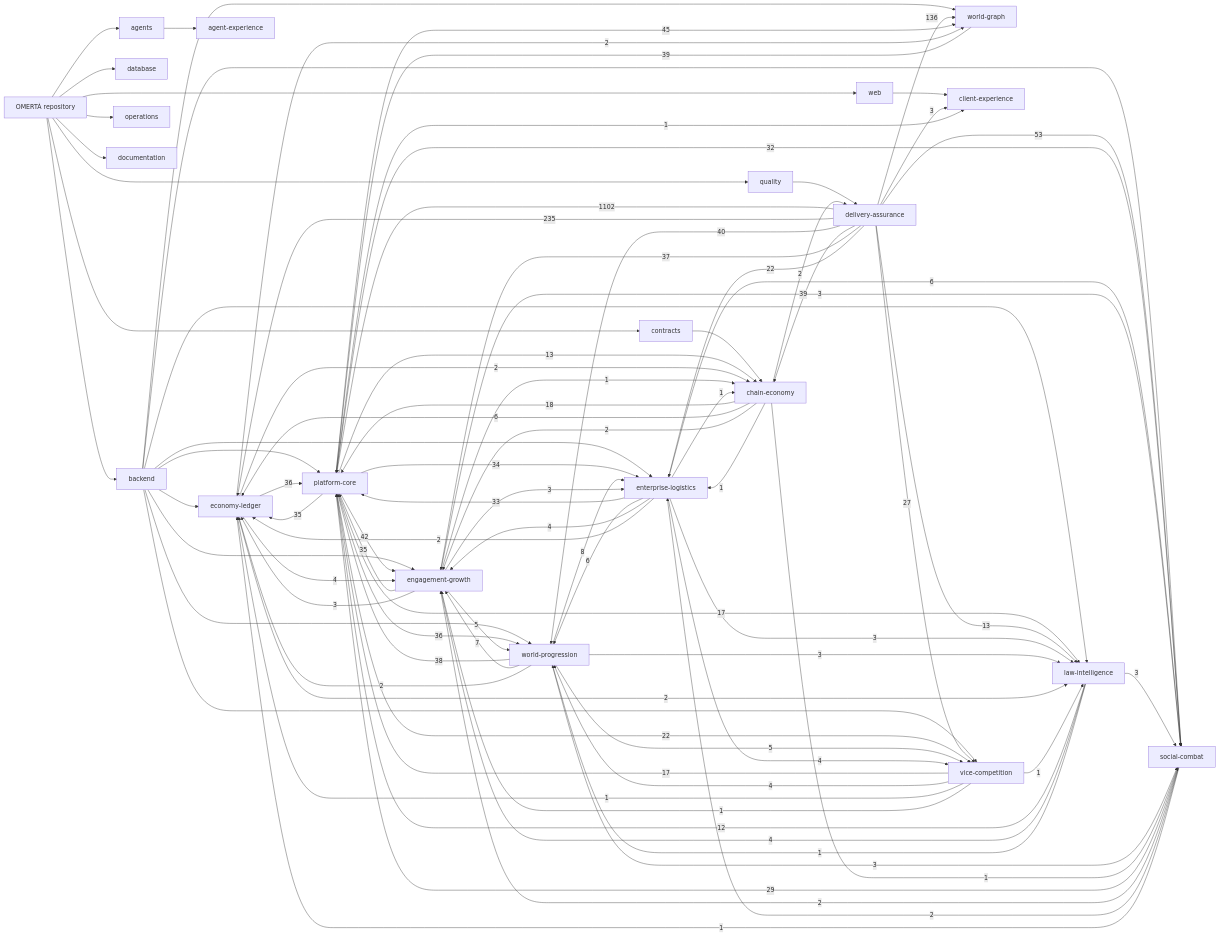
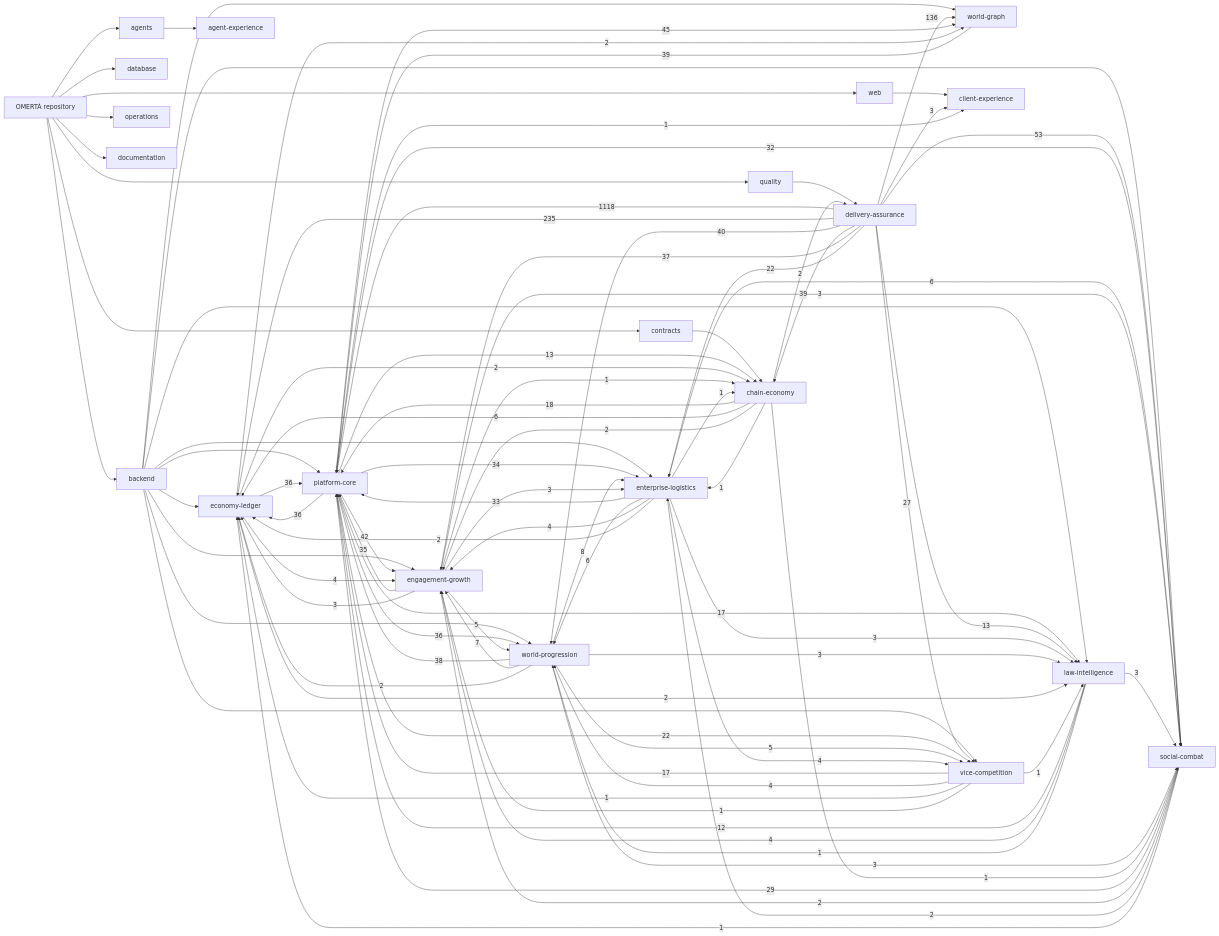
One commit to OmertaDev/Omerta changed the diagram in knowledge/generated/graph.mmd. Above: the diagram before and after it, drawn with Mermaid. The commit also changed 8 other files, not shown here.

```diff
--- a/knowledge/generated/graph.mmd
+++ b/knowledge/generated/graph.mmd
@@ -1,111 +1,111 @@
 flowchart LR
   repo["OMERTÀ repository"]
   sub_backend["backend"]
   repo --> sub_backend
   sub_database["database"]
   repo --> sub_database
   sub_web["web"]
   repo --> sub_web
   sub_contracts["contracts"]
   repo --> sub_contracts
   sub_agents["agents"]
   repo --> sub_agents
   sub_quality["quality"]
   repo --> sub_quality
   sub_operations["operations"]
   repo --> sub_operations
   sub_documentation["documentation"]
   repo --> sub_documentation
   dom_platform-core["platform-core"]
   dom_economy-ledger["economy-ledger"]
   dom_social-combat["social-combat"]
   dom_world-progression["world-progression"]
   dom_world-graph["world-graph"]
   dom_enterprise-logistics["enterprise-logistics"]
   dom_vice-competition["vice-competition"]
   dom_law-intelligence["law-intelligence"]
   dom_chain-economy["chain-economy"]
   dom_engagement-growth["engagement-growth"]
   dom_client-experience["client-experience"]
   dom_agent-experience["agent-experience"]
   dom_delivery-assurance["delivery-assurance"]
   sub_agents --> dom_agent-experience
   sub_backend --> dom_economy-ledger
   sub_backend --> dom_engagement-growth
   sub_backend --> dom_enterprise-logistics
   sub_backend --> dom_law-intelligence
   sub_backend --> dom_platform-core
   sub_backend --> dom_social-combat
   sub_backend --> dom_vice-competition
   sub_backend --> dom_world-graph
   sub_backend --> dom_world-progression
   sub_contracts --> dom_chain-economy
   sub_quality --> dom_delivery-assurance
   sub_web --> dom_client-experience
-  dom_delivery-assurance -->|1102| dom_platform-core
+  dom_delivery-assurance -->|1118| dom_platform-core
   dom_delivery-assurance -->|235| dom_economy-ledger
   dom_delivery-assurance -->|136| dom_world-graph
   dom_delivery-assurance -->|53| dom_social-combat
   dom_platform-core -->|45| dom_world-graph
   dom_platform-core -->|42| dom_engagement-growth
   dom_delivery-assurance -->|40| dom_world-progression
   dom_delivery-assurance -->|39| dom_chain-economy
   dom_world-graph -->|39| dom_platform-core
   dom_world-progression -->|38| dom_platform-core
   dom_delivery-assurance -->|37| dom_engagement-growth
   dom_economy-ledger -->|36| dom_platform-core
+  dom_platform-core -->|36| dom_economy-ledger
   dom_platform-core -->|36| dom_world-progression
   dom_engagement-growth -->|35| dom_platform-core
-  dom_platform-core -->|35| dom_economy-ledger
   dom_platform-core -->|34| dom_enterprise-logistics
   dom_enterprise-logistics -->|33| dom_platform-core
   dom_platform-core -->|32| dom_social-combat
   dom_social-combat -->|29| dom_platform-core
   dom_delivery-assurance -->|27| dom_vice-competition
   dom_delivery-assurance -->|22| dom_enterprise-logistics
   dom_platform-core -->|22| dom_vice-competition
   dom_chain-economy -->|18| dom_platform-core
   dom_platform-core -->|17| dom_law-intelligence
   dom_vice-competition -->|17| dom_platform-core
   dom_delivery-assurance -->|13| dom_law-intelligence
   dom_platform-core -->|13| dom_chain-economy
   dom_law-intelligence -->|12| dom_platform-core
   dom_world-progression -->|8| dom_enterprise-logistics
   dom_world-progression -->|7| dom_engagement-growth
   dom_chain-economy -->|6| dom_economy-ledger
   dom_enterprise-logistics -->|6| dom_social-combat
   dom_enterprise-logistics -->|6| dom_world-progression
   dom_engagement-growth -->|5| dom_world-progression
   dom_world-progression -->|5| dom_vice-competition
   dom_economy-ledger -->|4| dom_engagement-growth
   dom_enterprise-logistics -->|4| dom_engagement-growth
   dom_enterprise-logistics -->|4| dom_vice-competition
   dom_law-intelligence -->|4| dom_engagement-growth
   dom_vice-competition -->|4| dom_world-progression
   dom_delivery-assurance -->|3| dom_client-experience
   dom_engagement-growth -->|3| dom_economy-ledger
   dom_engagement-growth -->|3| dom_enterprise-logistics
   dom_engagement-growth -->|3| dom_social-combat
   dom_enterprise-logistics -->|3| dom_law-intelligence
   dom_law-intelligence -->|3| dom_social-combat
   dom_world-progression -->|3| dom_law-intelligence
   dom_world-progression -->|3| dom_social-combat
   dom_chain-economy -->|2| dom_delivery-assurance
   dom_chain-economy -->|2| dom_engagement-growth
   dom_economy-ledger -->|2| dom_chain-economy
   dom_economy-ledger -->|2| dom_law-intelligence
   dom_economy-ledger -->|2| dom_world-graph
   dom_enterprise-logistics -->|2| dom_economy-ledger
   dom_social-combat -->|2| dom_engagement-growth
   dom_social-combat -->|2| dom_enterprise-logistics
   dom_world-progression -->|2| dom_economy-ledger
   dom_chain-economy -->|1| dom_enterprise-logistics
   dom_chain-economy -->|1| dom_social-combat
   dom_engagement-growth -->|1| dom_chain-economy
   dom_enterprise-logistics -->|1| dom_chain-economy
   dom_law-intelligence -->|1| dom_world-progression
   dom_platform-core -->|1| dom_client-experience
   dom_social-combat -->|1| dom_economy-ledger
   dom_vice-competition -->|1| dom_economy-ledger
   dom_vice-competition -->|1| dom_engagement-growth
   dom_vice-competition -->|1| dom_law-intelligence
```
